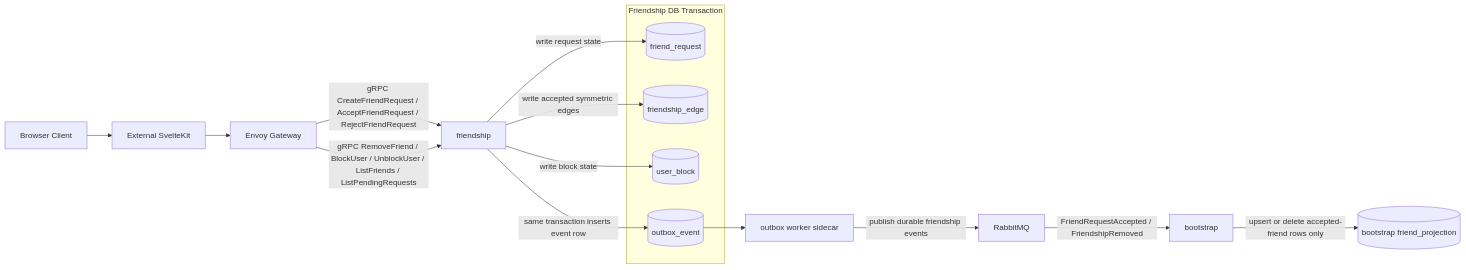
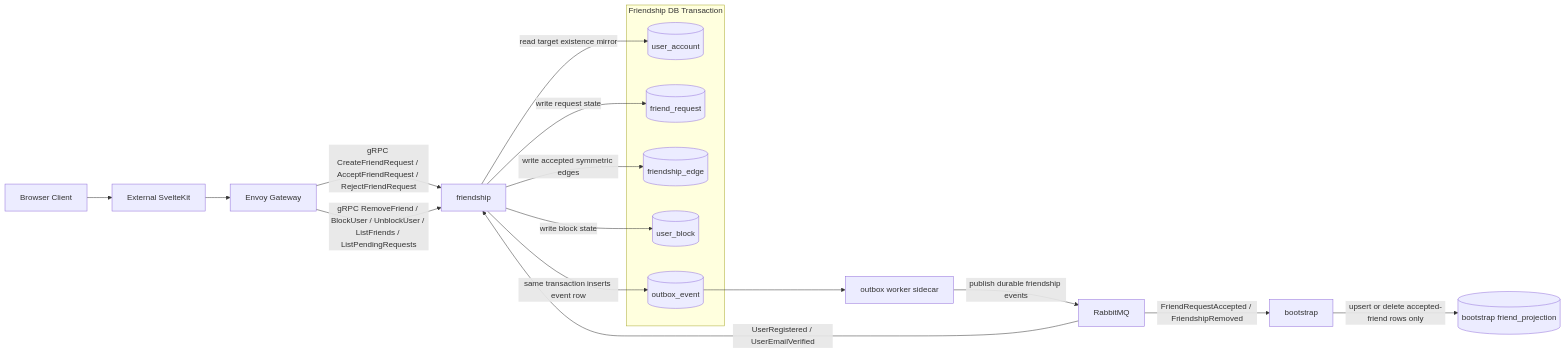
The diagram in docs/service/friendship/diagram.md (nthnf/Relay), drawn with Mermaid before and after one commit. The commit also changed other lines of this file and 40 other files, not shown here.

Commit message:
Refactor friendship to have local user reference

````diff
--- a/docs/service/friendship/diagram.md
+++ b/docs/service/friendship/diagram.md
@@ -3,24 +3,27 @@
 ```mermaid
 flowchart LR
     Browser[Browser Client] --> App[External SvelteKit]
     App --> Gateway[Envoy Gateway]
     Gateway -->|gRPC CreateFriendRequest / AcceptFriendRequest / RejectFriendRequest| Friendship[friendship]
     Gateway -->|gRPC RemoveFriend / BlockUser / UnblockUser / ListFriends / ListPendingRequests| Friendship
+    RabbitMQ[RabbitMQ] -->|UserRegistered / UserEmailVerified| Friendship
 
     subgraph Friendship DB Transaction
+        UA[(user_account)]
         FR[(friend_request)]
         FE[(friendship_edge)]
         UB[(user_block)]
         O[(outbox_event)]
     end
 
+    Friendship -->|read target existence mirror| UA
     Friendship -->|write request state| FR
     Friendship -->|write accepted symmetric edges| FE
     Friendship -->|write block state| UB
     Friendship -->|same transaction inserts event row| O
 
     O --> Worker[outbox worker sidecar]
     Worker -->|publish durable friendship events| RabbitMQ[RabbitMQ]
     RabbitMQ -->|FriendRequestAccepted / FriendshipRemoved| Bootstrap[bootstrap]
     Bootstrap -->|upsert or delete accepted-friend rows only| Projections[(bootstrap friend_projection)]
 ```
````
